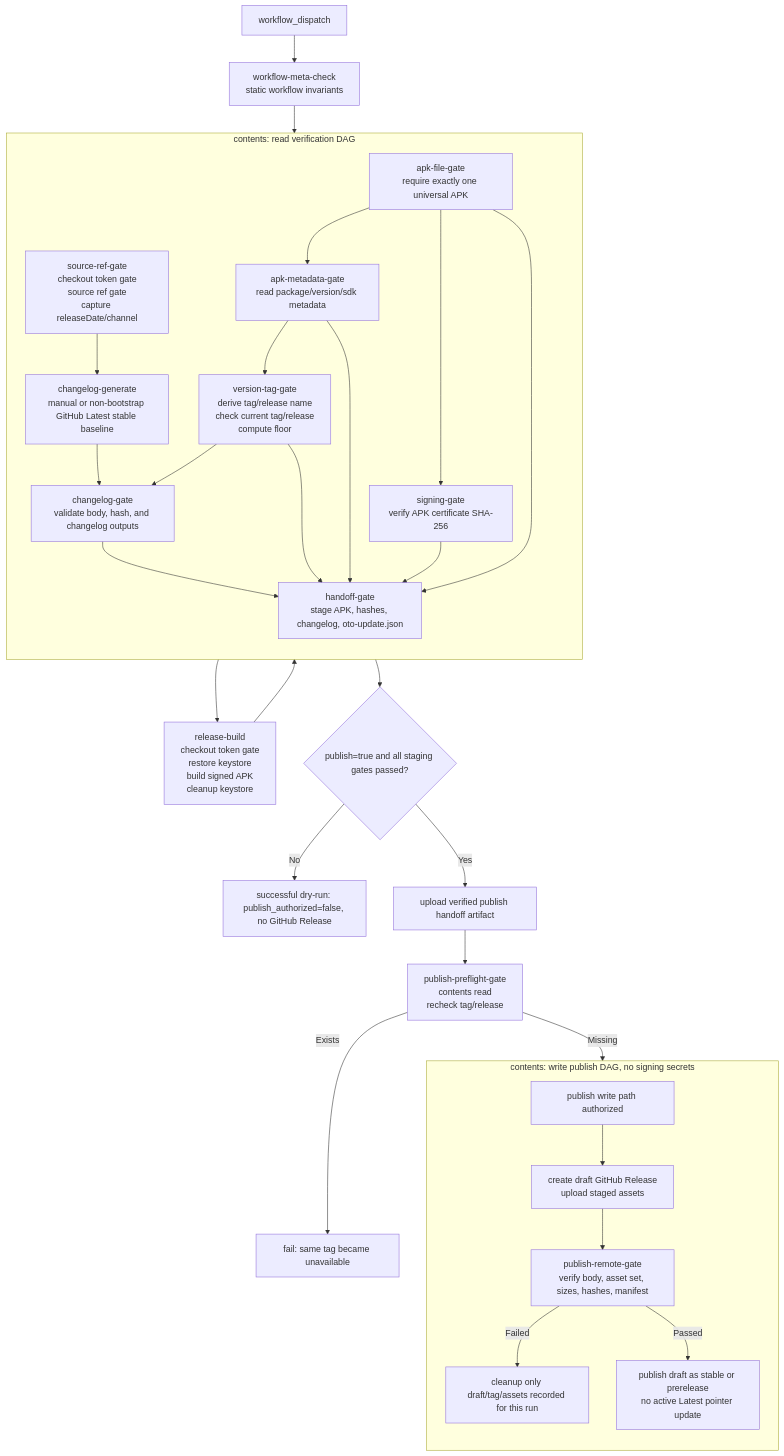
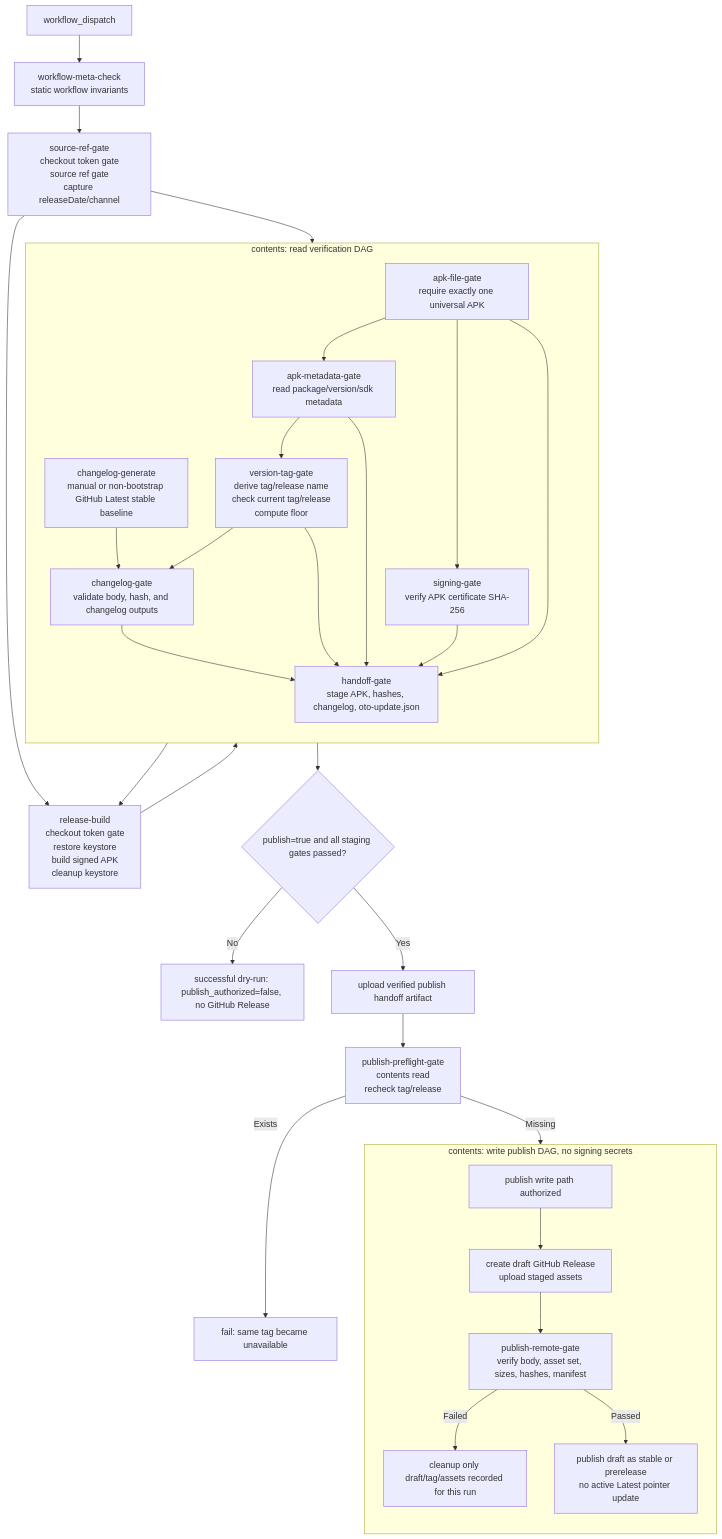
One commit to Viel0320/Oto changed the diagram in docs/release-pipeline_hardening_plan.md. Above: the diagram before and after it, drawn with Mermaid. The commit also changed other lines of this file and 6 other files, not shown here.

Commit message:
feat(release): enhance changelog generation and validation process

````diff
--- a/docs/release-pipeline_hardening_plan.md
+++ b/docs/release-pipeline_hardening_plan.md
@@ -224,39 +227,40 @@
 ```mermaid
 flowchart TD
     A[workflow_dispatch]
     A --> MC[workflow-meta-check<br/>static workflow invariants]
     MC --> SR[source-ref-gate<br/>checkout token gate<br/>source ref gate<br/>capture releaseDate/channel]
-    SR --> RB[release-build<br/>checkout token gate<br/>restore keystore<br/>build signed APK<br/>cleanup keystore]
+    SR --> CG[changelog-generate<br/>manual or non-bootstrap GitHub Latest stable baseline]
+    CG --> RB[release-build<br/>checkout token gate<br/>restore keystore<br/>build signed APK<br/>cleanup keystore]
+    SR --> RB
     RB --> AF[apk-file-gate<br/>require exactly one universal APK]
 
     subgraph READ[contents: read verification DAG]
         direction TB
         AF --> AM[apk-metadata-gate<br/>read package/version/sdk metadata]
         AF --> SG[signing-gate<br/>verify APK certificate SHA-256]
         AM --> VT[version-tag-gate<br/>derive tag/release name<br/>check current tag/release<br/>compute floor]
-        SR --> CG[changelog-generate<br/>manual or non-bootstrap GitHub Latest stable baseline]
         CG --> CK[changelog-gate<br/>validate body, hash, and changelog outputs]
         VT --> CK
         AF --> HG[handoff-gate<br/>stage APK, hashes, changelog, oto-update.json]
         AM --> HG
         SG --> HG
         VT --> HG
         CK --> HG
     end
 
     HG --> PS{publish=true and all staging gates passed?}
     PS -->|No| DRY[successful dry-run: publish_authorized=false, no GitHub Release]
     PS -->|Yes| UP[upload verified publish handoff artifact]
 
     UP --> PP[publish-preflight-gate<br/>contents read<br/>recheck tag/release]
     PP -->|Exists| PF[fail: same tag became unavailable]
     PP -->|Missing| PW[publish write path authorized]
 
     subgraph WRITE[contents: write publish DAG, no signing secrets]
         direction TB
         PW --> PD[create draft GitHub Release<br/>upload staged assets]
         PD --> RV[publish-remote-gate<br/>verify body, asset set, sizes, hashes, manifest]
         RV -->|Failed| CL[cleanup only draft/tag/assets recorded for this run]
         RV -->|Passed| FIN[publish draft as stable or prerelease<br/>no active Latest pointer update]
     end
 ```
````
